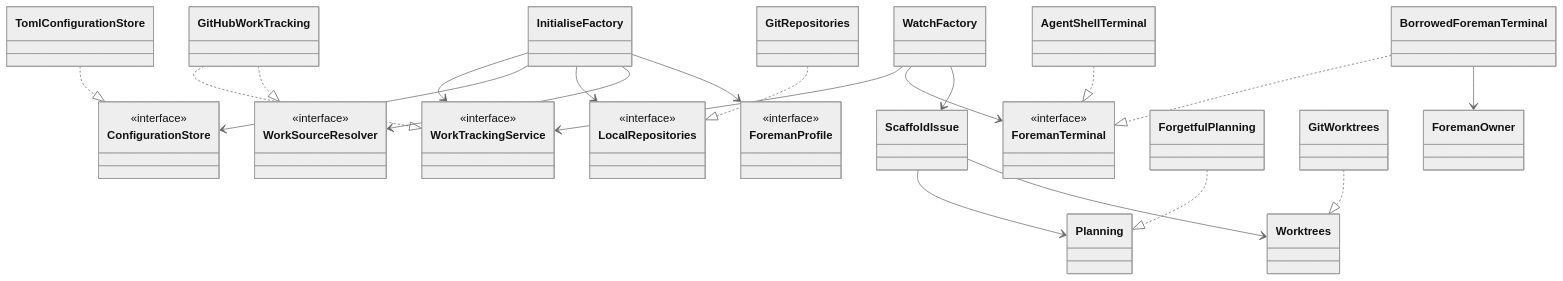
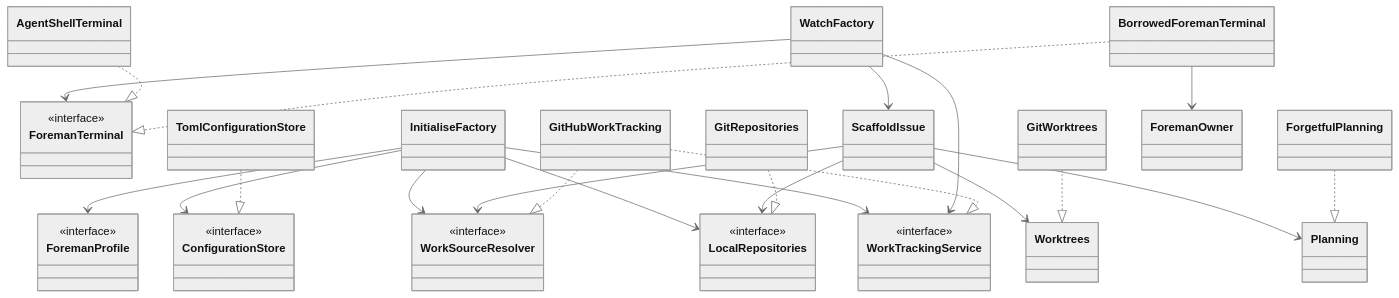
Before and after one commit to ScottRBK/factory: the diagram in docs/architecture.md, drawn with Mermaid (neutral theme). The commit also changed other lines of this file and 34 other files, not shown here.

````diff
--- a/docs/architecture.md
+++ b/docs/architecture.md
@@ -44,41 +51,43 @@
 ```mermaid
 classDiagram
     direction TB
     class WorkTrackingService {
         <<interface>>
     }
     class ConfigurationStore {
         <<interface>>
     }
     class LocalRepositories {
         <<interface>>
     }
     class WorkSourceResolver {
         <<interface>>
     }
     class ForemanTerminal {
         <<interface>>
     }
     class ForemanProfile {
         <<interface>>
     }
     InitialiseFactory --> WorkTrackingService
     InitialiseFactory --> ConfigurationStore
     InitialiseFactory --> LocalRepositories
     InitialiseFactory --> WorkSourceResolver
     InitialiseFactory --> ForemanProfile
     WatchFactory --> WorkTrackingService
     WatchFactory --> ForemanTerminal
     WatchFactory --> ScaffoldIssue
     ScaffoldIssue --> Planning
     ScaffoldIssue --> Worktrees
+    ScaffoldIssue --> LocalRepositories
+    ScaffoldIssue --> WorkSourceResolver
     ForgetfulPlanning ..|> Planning
     GitWorktrees ..|> Worktrees
     GitHubWorkTracking ..|> WorkTrackingService
     GitHubWorkTracking ..|> WorkSourceResolver
     TomlConfigurationStore ..|> ConfigurationStore
     GitRepositories ..|> LocalRepositories
     AgentShellTerminal ..|> ForemanTerminal
     BorrowedForemanTerminal ..|> ForemanTerminal
     BorrowedForemanTerminal --> ForemanOwner
 ```
````
